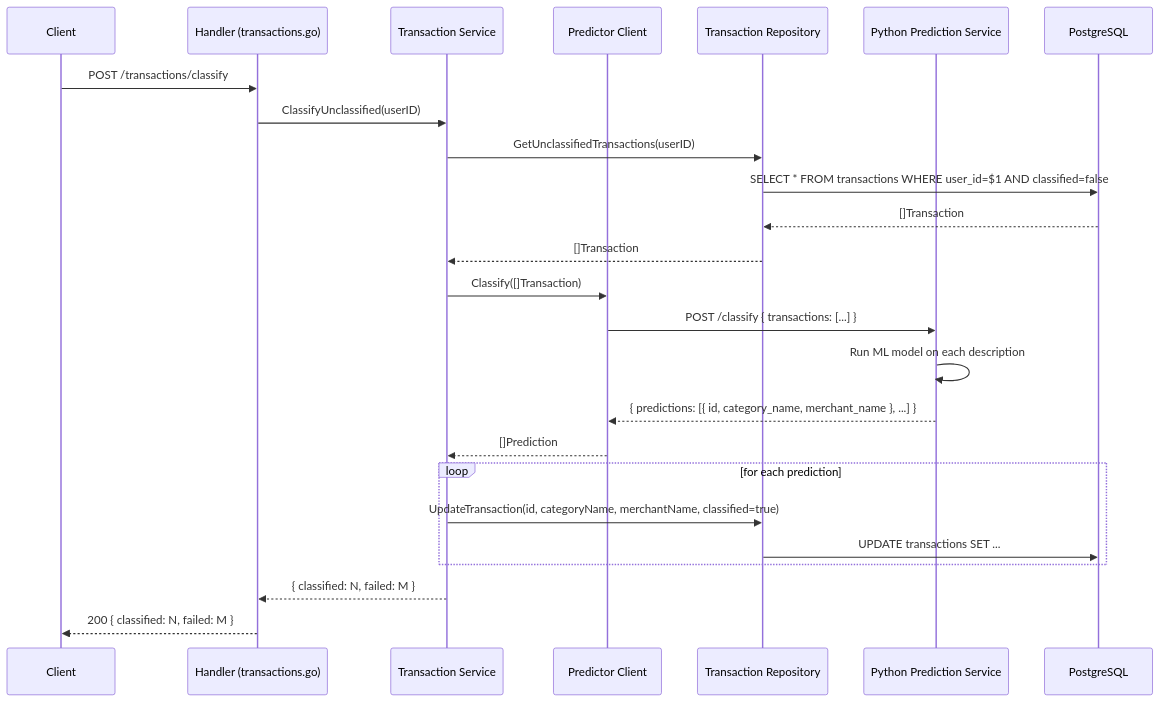
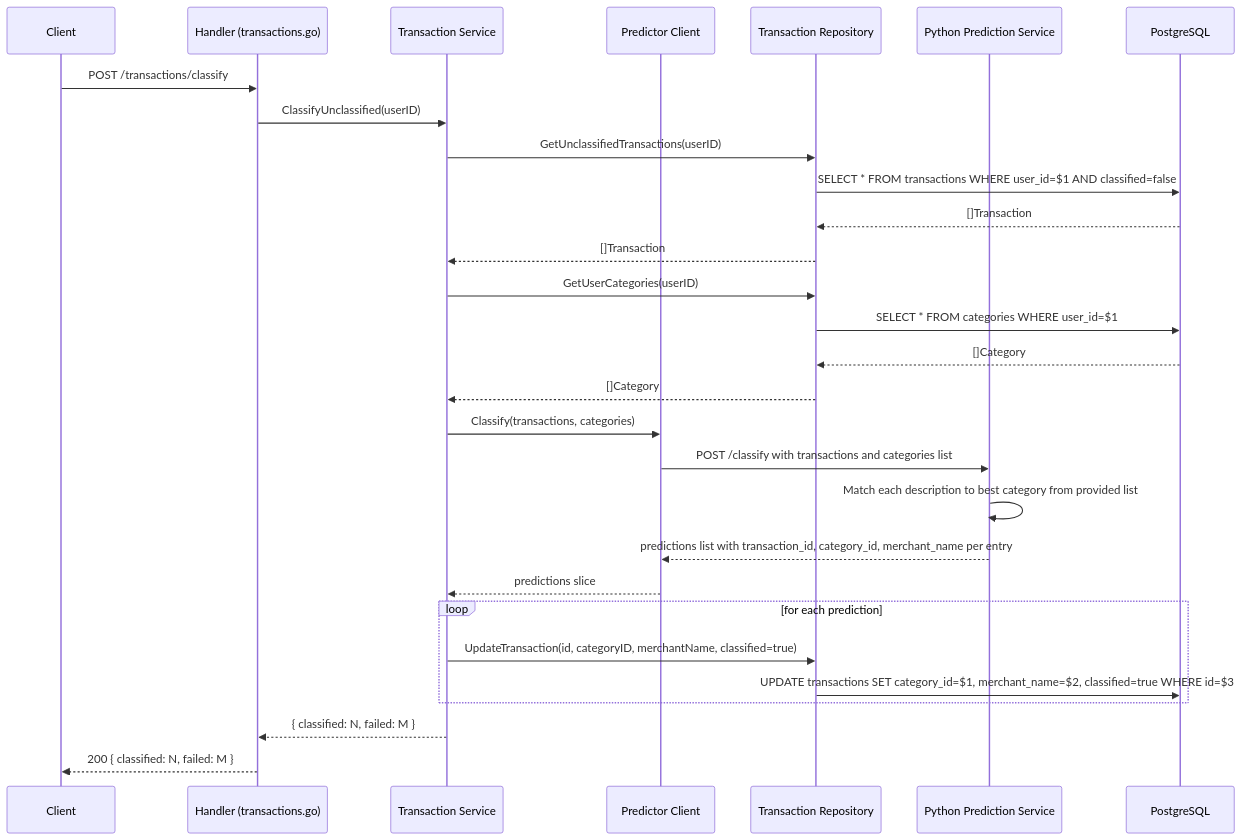
The sixth of 7 diagrams in backend/docs/flows.md (ppinedo0714/a-couple-of-coins), drawn with Mermaid before and after one commit. The commit also changed other lines of this file and 3 other files, not shown here.

````diff
--- a/backend/docs/flows.md
+++ b/backend/docs/flows.md
@@ -184,31 +184,36 @@
 ```mermaid
 sequenceDiagram
     participant C as Client
     participant H as Handler (transactions.go)
     participant TS as Transaction Service
     participant PC as Predictor Client
     participant TR as Transaction Repository
     participant PS as Python Prediction Service
     participant DB as PostgreSQL
 
     C->>H: POST /transactions/classify
     H->>TS: ClassifyUnclassified(userID)
     TS->>TR: GetUnclassifiedTransactions(userID)
     TR->>DB: SELECT * FROM transactions WHERE user_id=$1 AND classified=false
     DB-->>TR: []Transaction
     TR-->>TS: []Transaction
 
-    TS->>PC: Classify([]Transaction)
-    PC->>PS: POST /classify { transactions: [...] }
-    PS->>PS: Run ML model on each description
-    PS-->>PC: { predictions: [{ id, category_name, merchant_name }, ...] }
-    PC-->>TS: []Prediction
+    TS->>TR: GetUserCategories(userID)
+    TR->>DB: SELECT * FROM categories WHERE user_id=$1
+    DB-->>TR: []Category
+    TR-->>TS: []Category
+
+    TS->>PC: Classify(transactions, categories)
+    PC->>PS: POST /classify with transactions and categories list
+    PS->>PS: Match each description to best category from provided list
+    PS-->>PC: predictions list with transaction_id, category_id, merchant_name per entry
+    PC-->>TS: predictions slice
 
     loop for each prediction
-        TS->>TR: UpdateTransaction(id, categoryName, merchantName, classified=true)
-        TR->>DB: UPDATE transactions SET ...
+        TS->>TR: UpdateTransaction(id, categoryID, merchantName, classified=true)
+        TR->>DB: UPDATE transactions SET category_id=$1, merchant_name=$2, classified=true WHERE id=$3
     end
 
     TS-->>H: { classified: N, failed: M }
     H-->>C: 200 { classified: N, failed: M }
 ```
````
